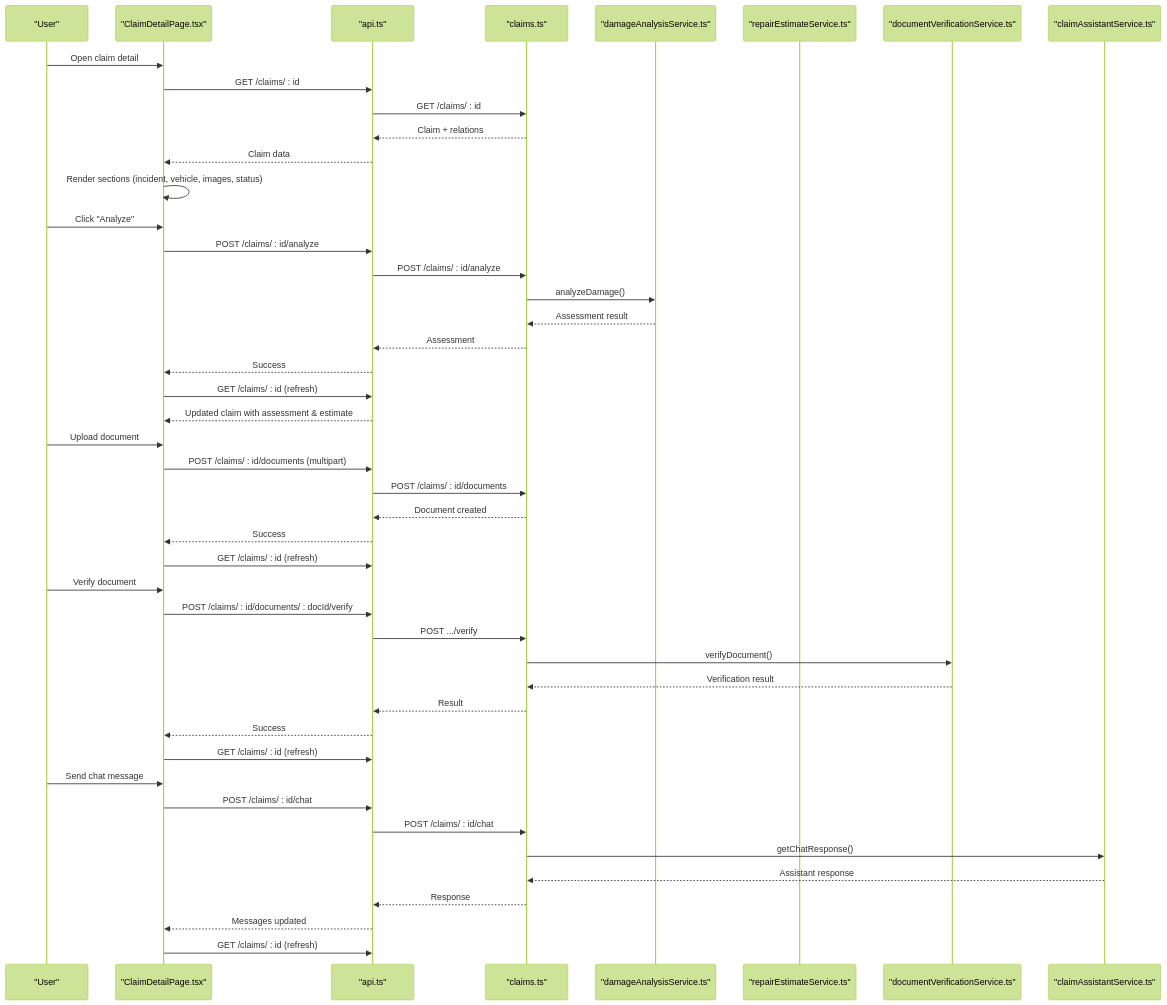
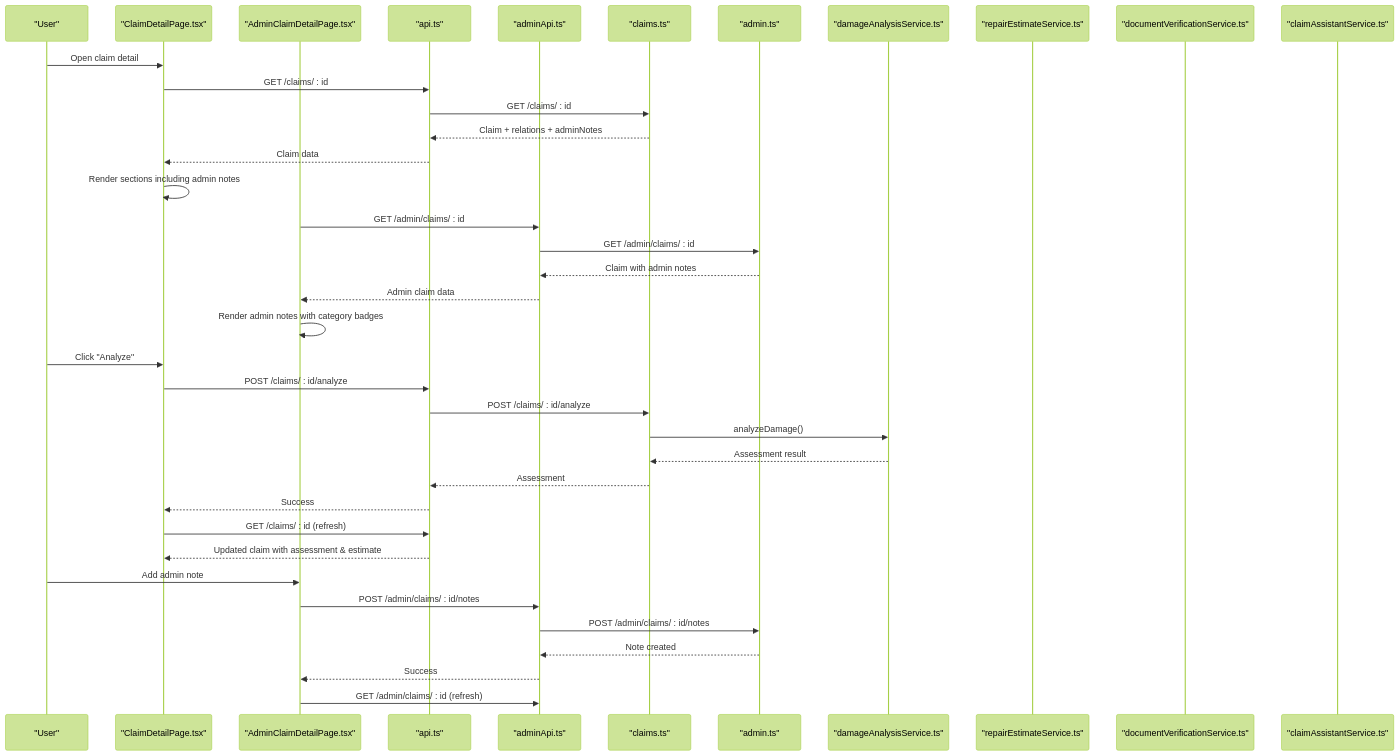
Before and after one commit to NaveenHiranya/Smart-Vehicle-Insurance-Claim-System: the second of 3 diagrams in .qoder/repowiki/en/content/Frontend Documentation/Pages and Views/User Pages/Claim Detail Page.md, drawn with Mermaid (forest theme). The commit also changed other lines of this file and 9 other files, not shown here.

````diff
--- a/.qoder/repowiki/en/content/Frontend Documentation/Pages and Views/User Pages/Claim Detail Page.md
+++ b/.qoder/repowiki/en/content/Frontend Documentation/Pages and Views/User Pages/Claim Detail Page.md
@@ -97,48 +123,40 @@
 ```mermaid
 sequenceDiagram
 participant U as "User"
 participant F as "ClaimDetailPage.tsx"
+participant AF as "AdminClaimDetailPage.tsx"
 participant A as "api.ts"
+participant AA as "adminApi.ts"
 participant R as "claims.ts"
+participant AR as "admin.ts"
 participant S1 as "damageAnalysisService.ts"
 participant S2 as "repairEstimateService.ts"
 participant S3 as "documentVerificationService.ts"
 participant S4 as "claimAssistantService.ts"
 U->>F : Open claim detail
 F->>A : GET /claims/ : id
 A->>R : GET /claims/ : id
-R-->>A : Claim + relations
+R-->>A : Claim + relations + adminNotes
 A-->>F : Claim data
-F->>F : Render sections (incident, vehicle, images, status)
+F->>F : Render sections including admin notes
+AF->>AA : GET /admin/claims/ : id
+AA->>AR : GET /admin/claims/ : id
+AR-->>AA : Claim with admin notes
+AA-->>AF : Admin claim data
+AF->>AF : Render admin notes with category badges
 U->>F : Click "Analyze"
 F->>A : POST /claims/ : id/analyze
 A->>R : POST /claims/ : id/analyze
 R->>S1 : analyzeDamage()
 S1-->>R : Assessment result
 R-->>A : Assessment
 A-->>F : Success
 F->>A : GET /claims/ : id (refresh)
 A-->>F : Updated claim with assessment & estimate
-U->>F : Upload document
-F->>A : POST /claims/ : id/documents (multipart)
-A->>R : POST /claims/ : id/documents
-R-->>A : Document created
-A-->>F : Success
-F->>A : GET /claims/ : id (refresh)
-U->>F : Verify document
-F->>A : POST /claims/ : id/documents/ : docId/verify
-A->>R : POST .../verify
-R->>S3 : verifyDocument()
-S3-->>R : Verification result
-R-->>A : Result
-A-->>F : Success
-F->>A : GET /claims/ : id (refresh)
-U->>F : Send chat message
-F->>A : POST /claims/ : id/chat
-A->>R : POST /claims/ : id/chat
-R->>S4 : getChatResponse()
-S4-->>R : Assistant response
-R-->>A : Response
-A-->>F : Messages updated
-F->>A : GET /claims/ : id (refresh)
+U->>AF : Add admin note
+AF->>AA : POST /admin/claims/ : id/notes
+AA->>AR : POST /admin/claims/ : id/notes
+AR-->>AA : Note created
+AA-->>AF : Success
+AF->>AA : GET /admin/claims/ : id (refresh)
 ```
````
